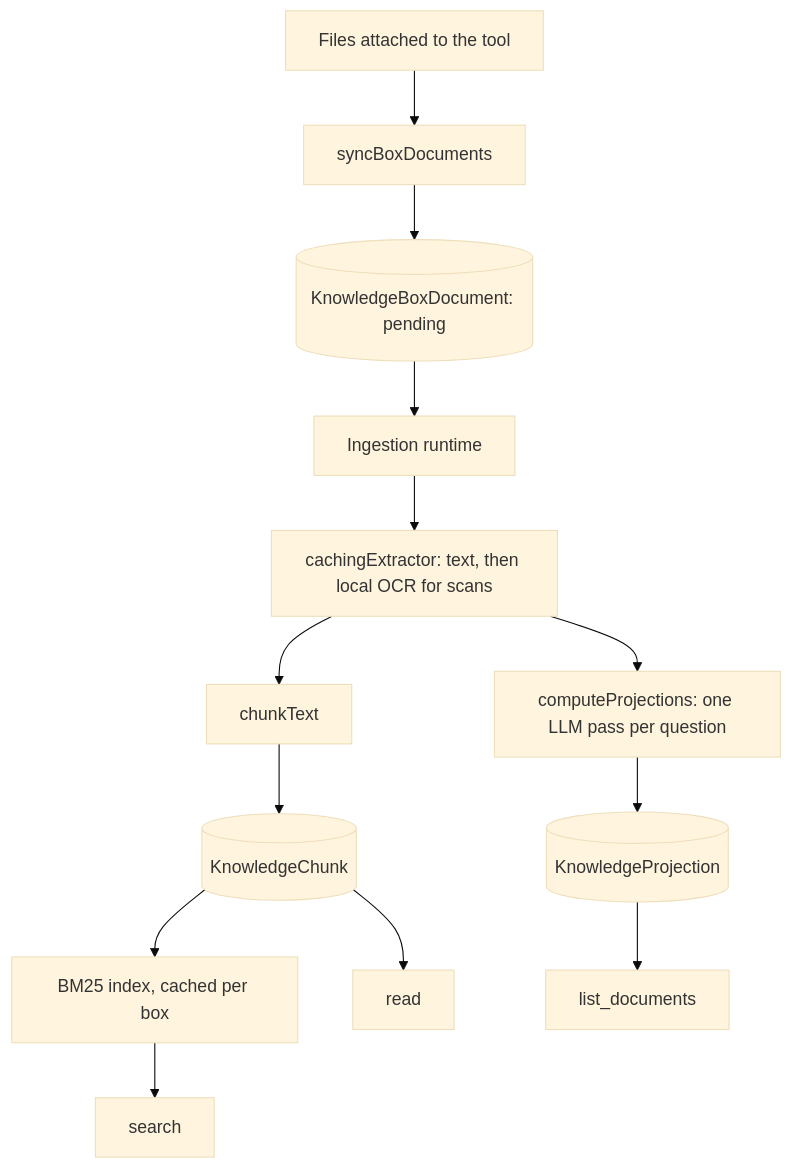
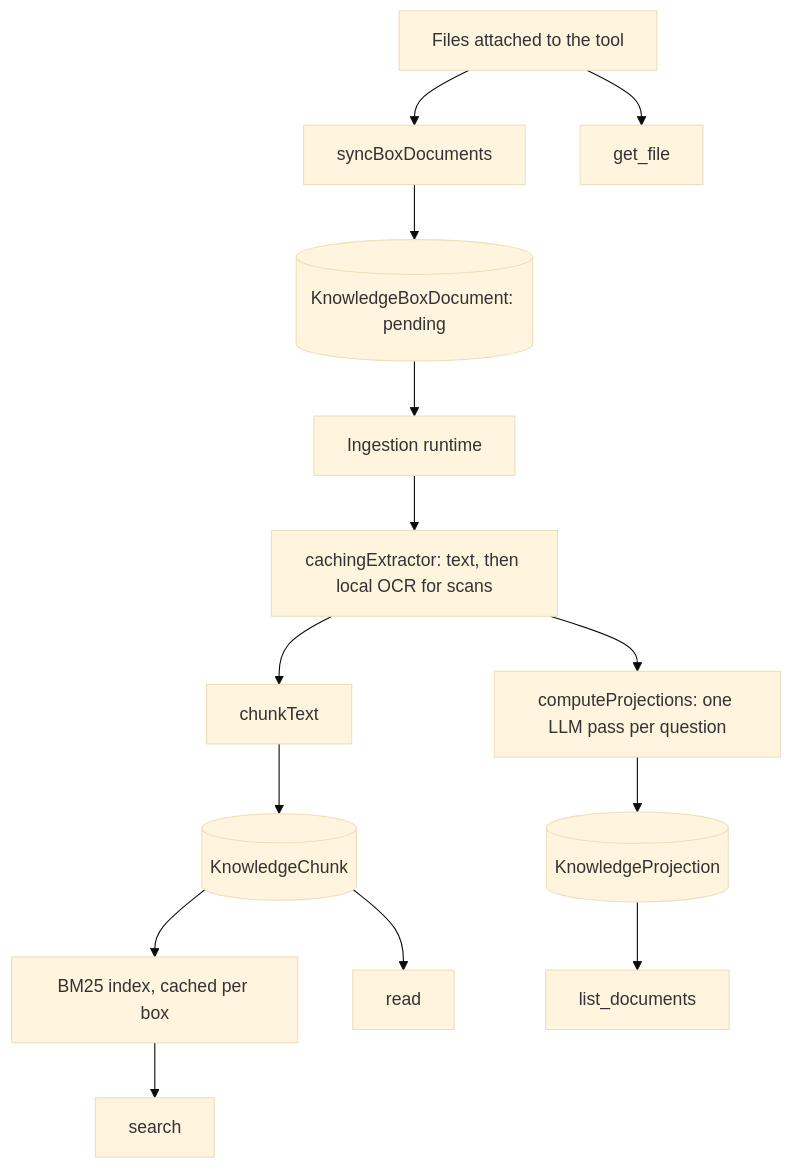
One commit to logicleai/logicle changed the diagram in docs/knowledge-box.md. Above: the diagram before and after it, drawn with Mermaid (base theme). The commit also changed other lines of this file and 8 other files, not shown here.

````diff
--- a/docs/knowledge-box.md
+++ b/docs/knowledge-box.md
@@ -33,15 +38,16 @@
 ```mermaid
 flowchart TD
   A[Files attached to the tool] --> B[syncBoxDocuments]
   B --> C[(KnowledgeBoxDocument: pending)]
   C --> D[Ingestion runtime]
   D --> E[cachingExtractor: text, then local OCR for scans]
   E --> F[chunkText]
   E --> G[computeProjections: one LLM pass per question]
   F --> H[(KnowledgeChunk)]
   G --> I[(KnowledgeProjection)]
   H --> J[BM25 index, cached per box]
   I --> K[list_documents]
   J --> L[search]
   H --> M[read]
+  A --> N[get_file]
 ```
````
